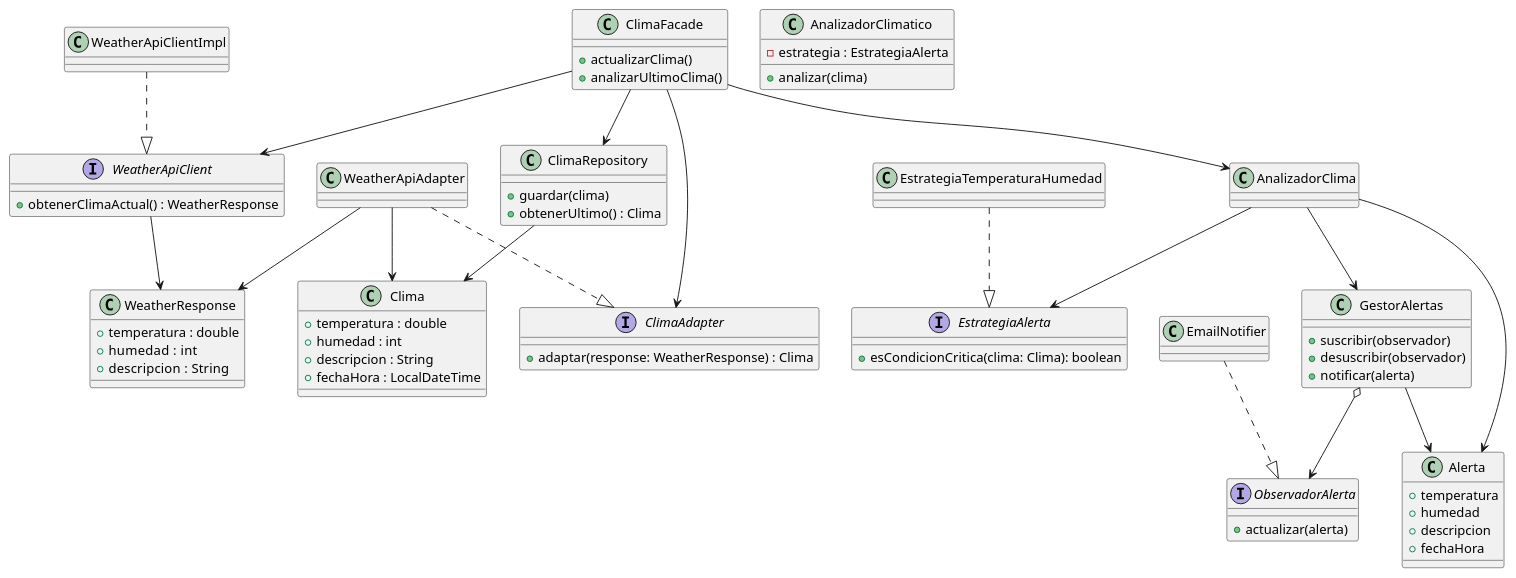
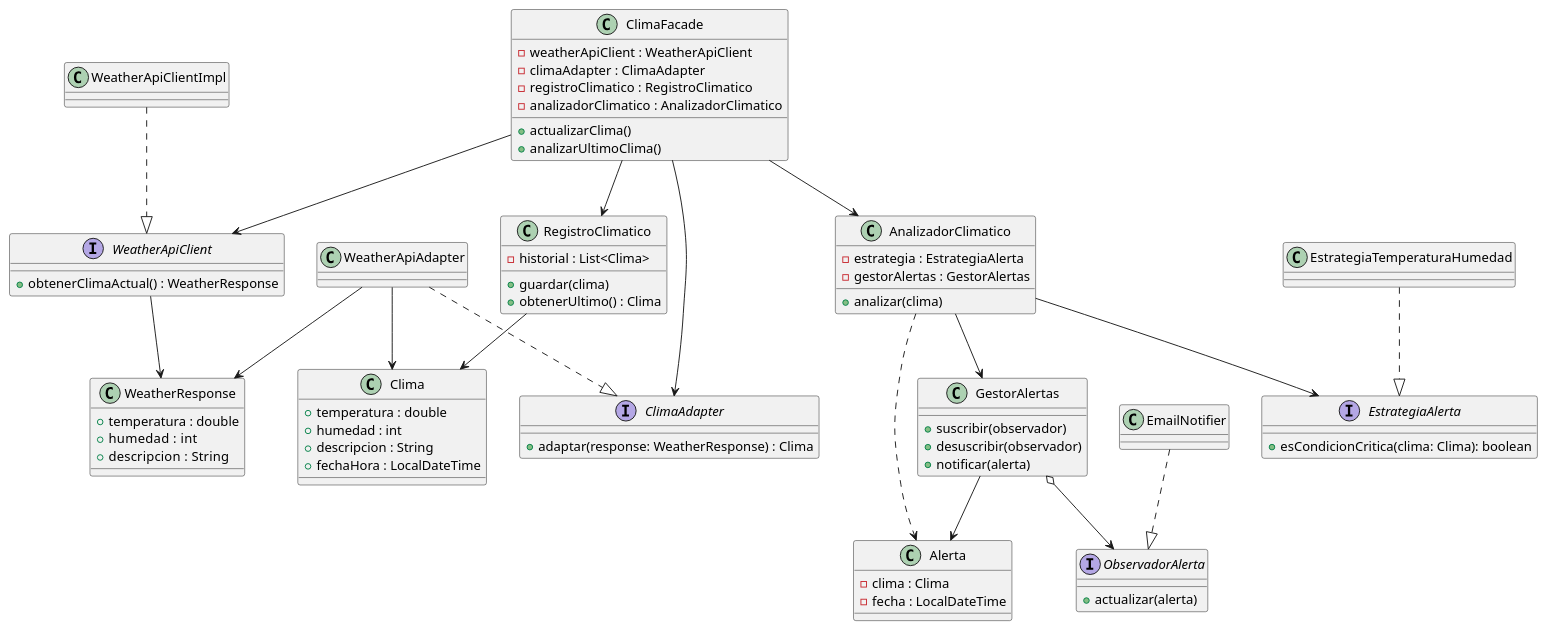
Before and after one commit to GJorgeFranzosi/Climalert: the diagram in DiagramaDeClase.puml, drawn with PlantUML. The commit also changed 13 other files, not shown here.

```diff
--- a/DiagramaDeClase.puml
+++ b/DiagramaDeClase.puml
@@ -1,119 +1,127 @@
 @startuml
 
 '==== DOMINIO ====
 
 class Clima {
     +temperatura : double
     +humedad : int
     +descripcion : String
     +fechaHora : LocalDateTime
 }
 
-class ClimaRepository {
-    +guardar(clima)
-    +obtenerUltimo() : Clima
+'Una alerta generada que contiene los datos necesarios para notificar
+class Alerta {
+    -clima : Clima
+    -fecha : LocalDateTime
 }
 
 '==== WEATHER API ====
 'Cliente capaz de consultar un proveedor meteorológico
 
 'Facil cambiar de proovedor
 interface WeatherApiClient {
     +obtenerClimaActual() : WeatherResponse
 }
 
 class WeatherApiClientImpl
 
 WeatherApiClientImpl ..|> WeatherApiClient
 
 'Dto del JSON recibido
 class WeatherResponse {
     +temperatura : double
     +humedad  : int
     +descripcion  : String
 }
 
 '==== SERVICES ====
 'Obtiene un Clima, lo analiza, crea una alerta y avisa al GestorAlertas
 class AnalizadorClimatico {
     -estrategia : EstrategiaAlerta
+    -gestorAlertas : GestorAlertas
+
     +analizar(clima)
+}
+
+class RegistroClimatico {
+    -historial : List<Clima>
+
+    +guardar(clima)
+    +obtenerUltimo() : Clima
 }
 
 '==== PATRÓN FACADE ====
 'Adapta el clima obtenido al modelo interno
 
 class ClimaFacade {
+    -weatherApiClient : WeatherApiClient
+    -climaAdapter : ClimaAdapter
+    -registroClimatico : RegistroClimatico
+    -analizadorClimatico : AnalizadorClimatico
+
     +actualizarClima()
     +analizarUltimoClima()
 }
 
 '==== PATRÓN ADAPTER ====
-'Adapta un WeatherResponse en un Clima, e interfaz únicamente conocida por la fachada
+'Convierte un WeatherResponse en un Clima del dominio
 
 interface ClimaAdapter {
     +adaptar(response: WeatherResponse) : Clima
 }
 
 class WeatherApiAdapter
 
 WeatherApiAdapter ..|> ClimaAdapter
 
 '==== PATRÓN STRATEGY ====
 
 interface EstrategiaAlerta {
     +esCondicionCritica(clima: Clima): boolean
 }
 
 class EstrategiaTemperaturaHumedad
 
 EstrategiaTemperaturaHumedad ..|> EstrategiaAlerta
 
 '==== PATRÓN OBSERVER ====
 
 'Representa cualquier componente interesado en enterarse de una alerta
 interface ObservadorAlerta {
     +actualizar(alerta)
 }
 
 'Observador concreto
 class EmailNotifier
 
 EmailNotifier ..|> ObservadorAlerta
 
 'Contiene una lista de observadores para informar
 class GestorAlertas {
     +suscribir(observador)
     +desuscribir(observador)
     +notificar(alerta)
 }
 
-'Una alerta generada que contiene los datos necesarios para notificar
-class Alerta {
-    +temperatura
-    +humedad
-    +descripcion
-    +fechaHora
-}
-
 '==== RELACIONES ====
 
 ClimaFacade --> WeatherApiClient
 ClimaFacade --> ClimaAdapter
-ClimaFacade --> ClimaRepository
-ClimaFacade --> AnalizadorClima
+ClimaFacade --> RegistroClimatico
+ClimaFacade --> AnalizadorClimatico
 
 WeatherApiClient --> WeatherResponse
 WeatherApiAdapter --> WeatherResponse
 WeatherApiAdapter --> Clima
 
-ClimaRepository --> Clima
+RegistroClimatico --> Clima
 
-AnalizadorClima --> EstrategiaAlerta
-AnalizadorClima --> GestorAlertas
-AnalizadorClima --> Alerta
+AnalizadorClimatico --> EstrategiaAlerta
+AnalizadorClimatico --> GestorAlertas
+'Crea
+AnalizadorClimatico ..> Alerta
 
 GestorAlertas o--> ObservadorAlerta
 GestorAlertas --> Alerta
 
 @enduml
```
